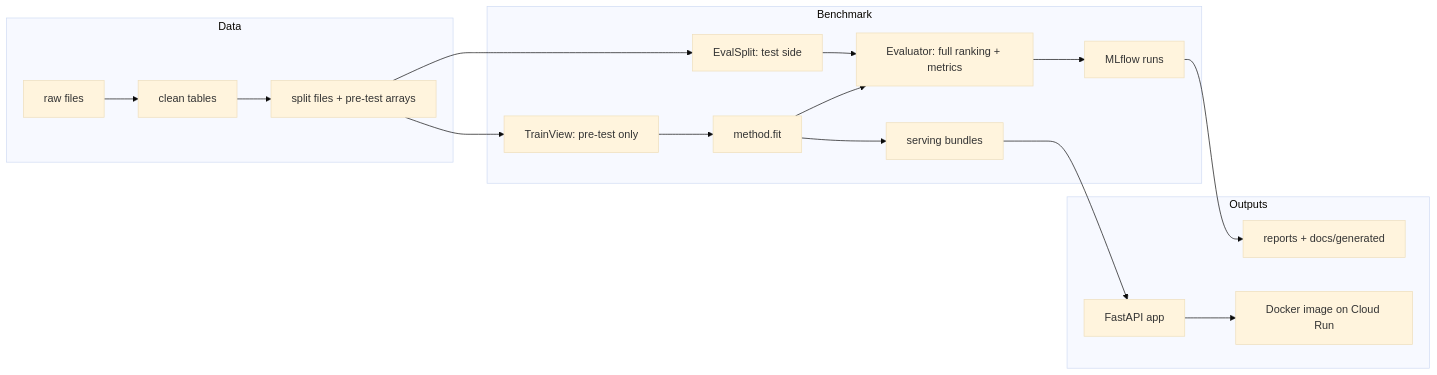
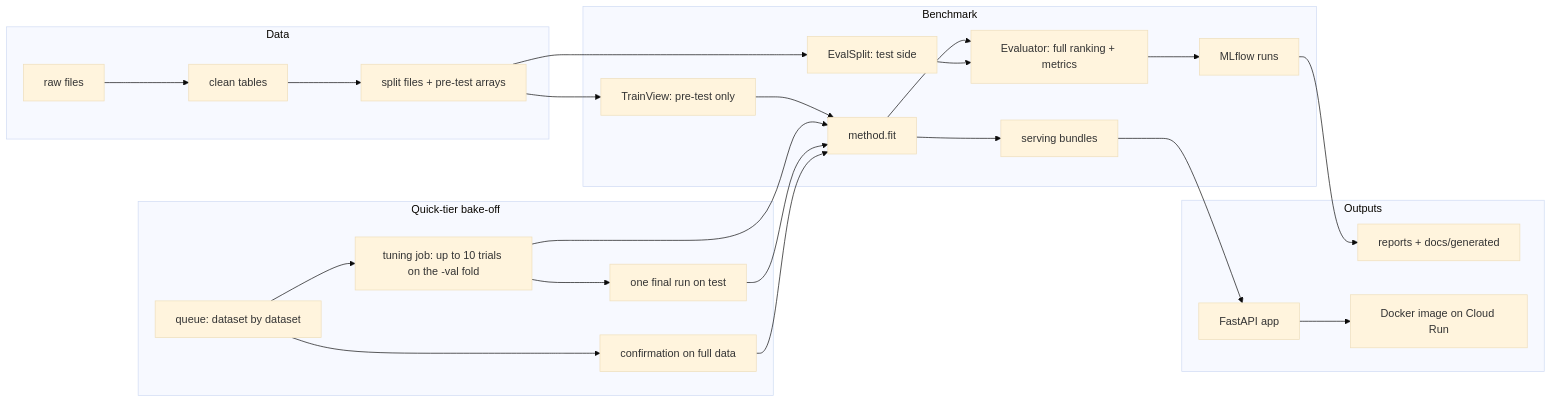
The diagram in docs/codebase/architecture.md (trunghieu11/recbench), drawn with Mermaid (base theme) before and after one commit. The commit also changed other lines of this file and 97 other files, not shown here.

````diff
--- a/docs/codebase/architecture.md
+++ b/docs/codebase/architecture.md
@@ -5,21 +5,29 @@
 ```mermaid
 flowchart LR
     subgraph Data
         RAW[raw files] --> CLEAN[clean tables]
         CLEAN --> SPLIT[split files + pre-test arrays]
+    end
+    subgraph Tuning["Quick-tier bake-off"]
+        Q[queue: dataset by dataset] --> J[tuning job: up to 10 trials on the -val fold]
+        J --> FINAL[one final run on test]
+        Q --> CONF[confirmation on full data]
     end
     subgraph Benchmark
         SPLIT --> TV[TrainView: pre-test only]
         SPLIT --> ES[EvalSplit: test side]
         TV --> FIT[method.fit]
         FIT --> EV[Evaluator: full ranking + metrics]
         ES --> EV
         EV --> ML[MLflow runs]
         FIT --> BUN[serving bundles]
     end
+    J --> FIT
+    FINAL --> FIT
+    CONF --> FIT
     subgraph Outputs
         ML --> REP[reports + docs/generated]
         BUN --> API[FastAPI app]
         API --> CR[Docker image on Cloud Run]
     end
 ```
````
